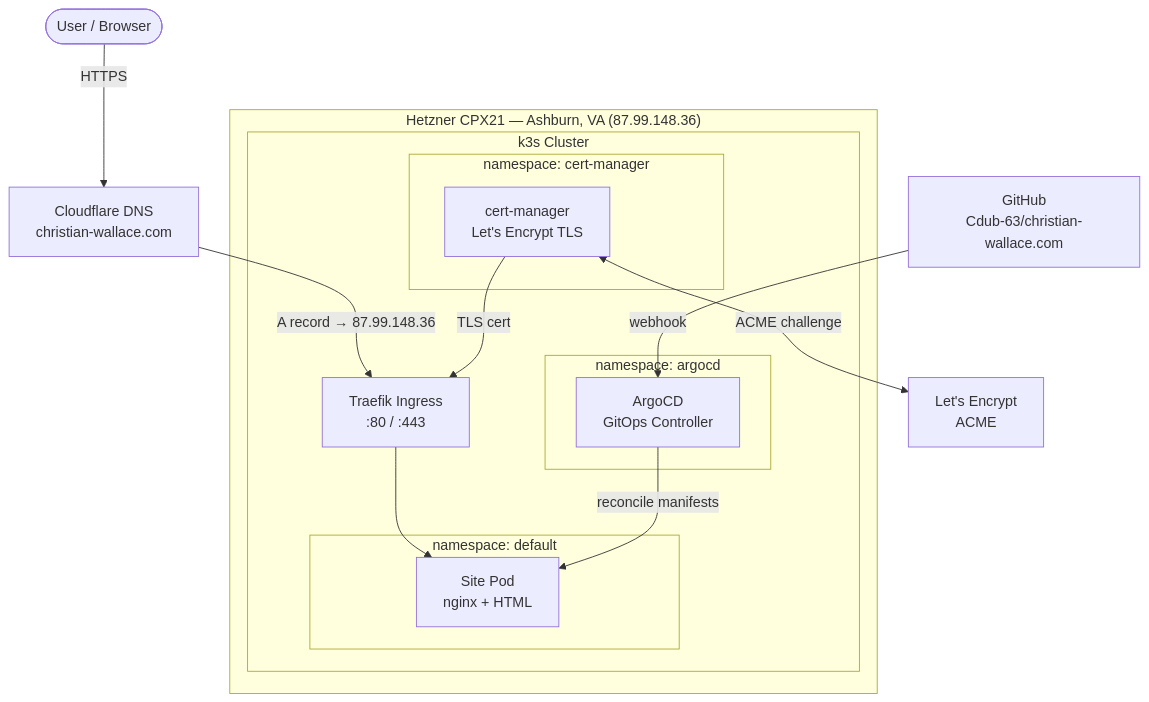
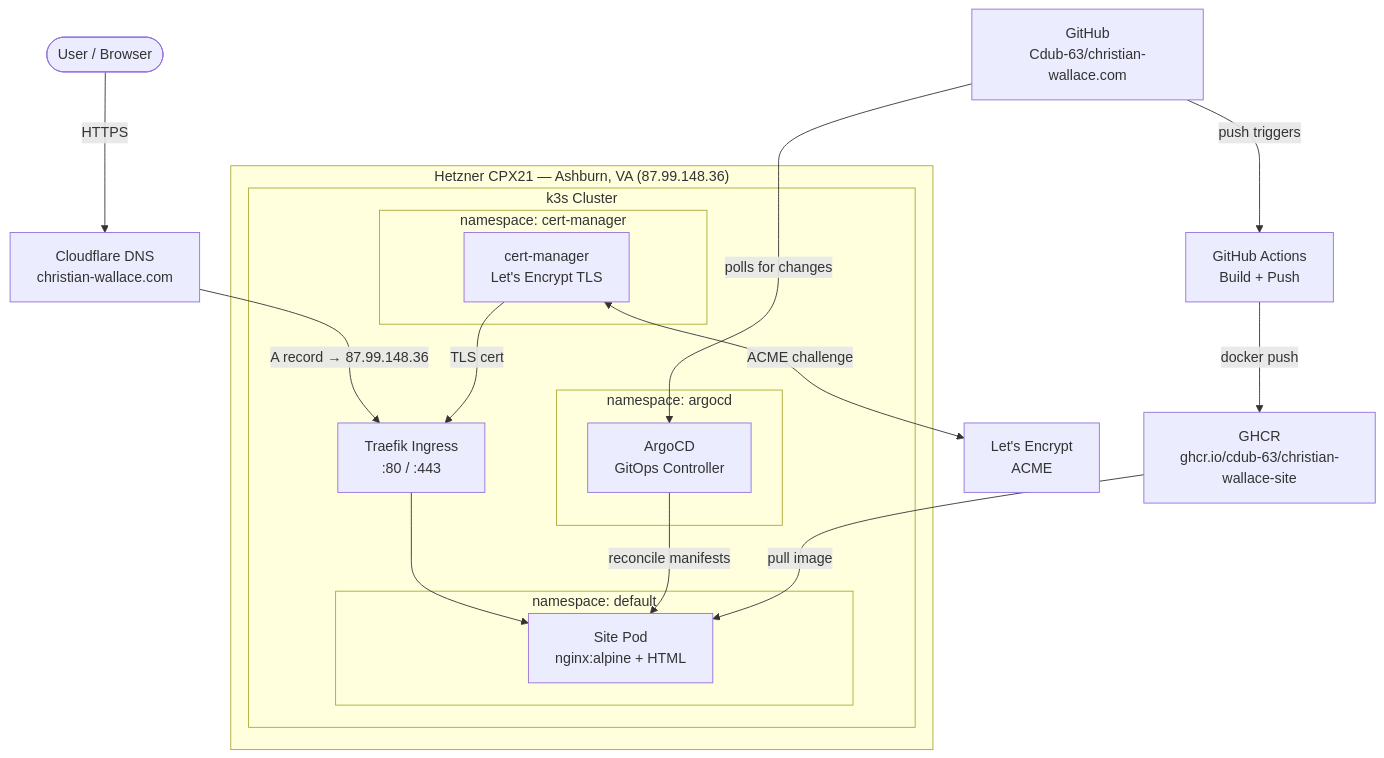
Before and after one commit to Cdub-63/christian-wallace.com: the diagram in README.md, drawn with Mermaid. The commit also changed other lines of this file, not shown here.

Commit message:
Update README: add Docker, GHCR, and CI/CD pipeline to tech stack

````diff
--- a/README.md
+++ b/README.md
@@ -21,34 +23,39 @@
 ```mermaid
 graph TB
     User([User / Browser])
     CF[Cloudflare DNS<br/>christian-wallace.com]
     GH[GitHub<br/>Cdub-63/christian-wallace.com]
+    Actions[GitHub Actions<br/>Build + Push]
+    GHCR[GHCR<br/>ghcr.io/cdub-63/christian-wallace-site]
 
     subgraph Hetzner ["Hetzner CPX21 — Ashburn, VA (87.99.148.36)"]
         subgraph k3s ["k3s Cluster"]
             Traefik[Traefik Ingress<br/>:80 / :443]
 
             subgraph argocd-ns ["namespace: argocd"]
                 ArgoCD[ArgoCD<br/>GitOps Controller]
             end
 
             subgraph cert-ns ["namespace: cert-manager"]
                 CertManager[cert-manager<br/>Let's Encrypt TLS]
             end
 
             subgraph site-ns ["namespace: default"]
-                Site[Site Pod<br/>nginx + HTML]
+                Site[Site Pod<br/>nginx:alpine + HTML]
             end
         end
     end
 
     LE[Let's Encrypt<br/>ACME]
 
     User -->|HTTPS| CF
     CF -->|A record → 87.99.148.36| Traefik
     Traefik --> Site
-    GH -->|webhook| ArgoCD
+    GH -->|push triggers| Actions
+    Actions -->|docker push| GHCR
+    GH -->|polls for changes| ArgoCD
     ArgoCD -->|reconcile manifests| Site
+    GHCR -->|pull image| Site
     CertManager <-->|ACME challenge| LE
     CertManager -->|TLS cert| Traefik
 ```
````
